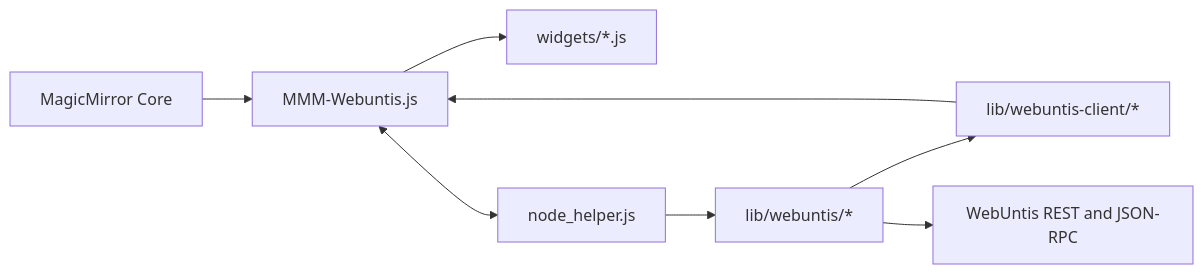
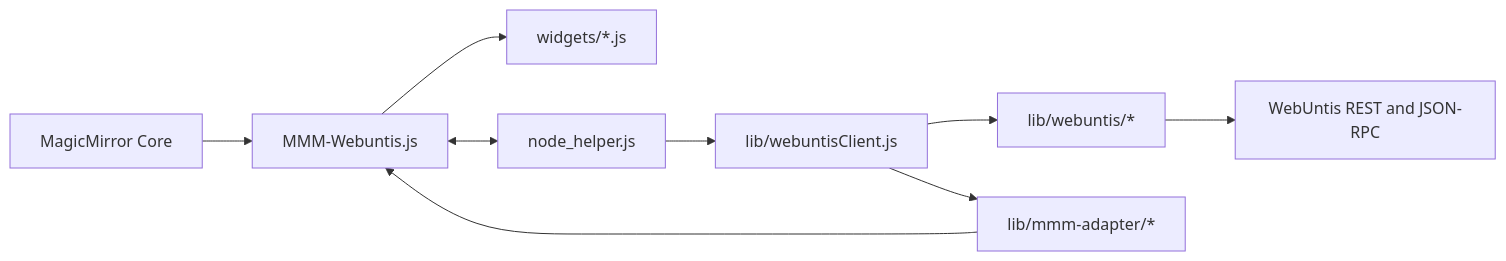
One commit to HeikoGr/MMM-Webuntis changed the diagram in docs/ARCHITECTURE.md. Above: the diagram before and after it, drawn with Mermaid. The commit also changed other lines of this file and 22 other files, not shown here.

````diff
--- a/docs/ARCHITECTURE.md
+++ b/docs/ARCHITECTURE.md
@@ -16,18 +16,20 @@
 ```mermaid
 flowchart LR
     MM[MagicMirror Core]
     FE[MMM-Webuntis.js]
     W[widgets/*.js]
     NH[node_helper.js]
+    FACADE[lib/webuntisClient.js]
     CORE[lib/webuntis/*]
-    BUILD[lib/webuntis-client/*]
+    BUILD[lib/mmm-adapter/*]
     API[WebUntis REST and JSON-RPC]
 
     MM --> FE
     FE --> W
     FE <--> NH
-    NH --> CORE
-    CORE --> BUILD
+    NH --> FACADE
+    FACADE --> CORE
+    FACADE --> BUILD
     CORE --> API
     BUILD --> FE
 ```
````
